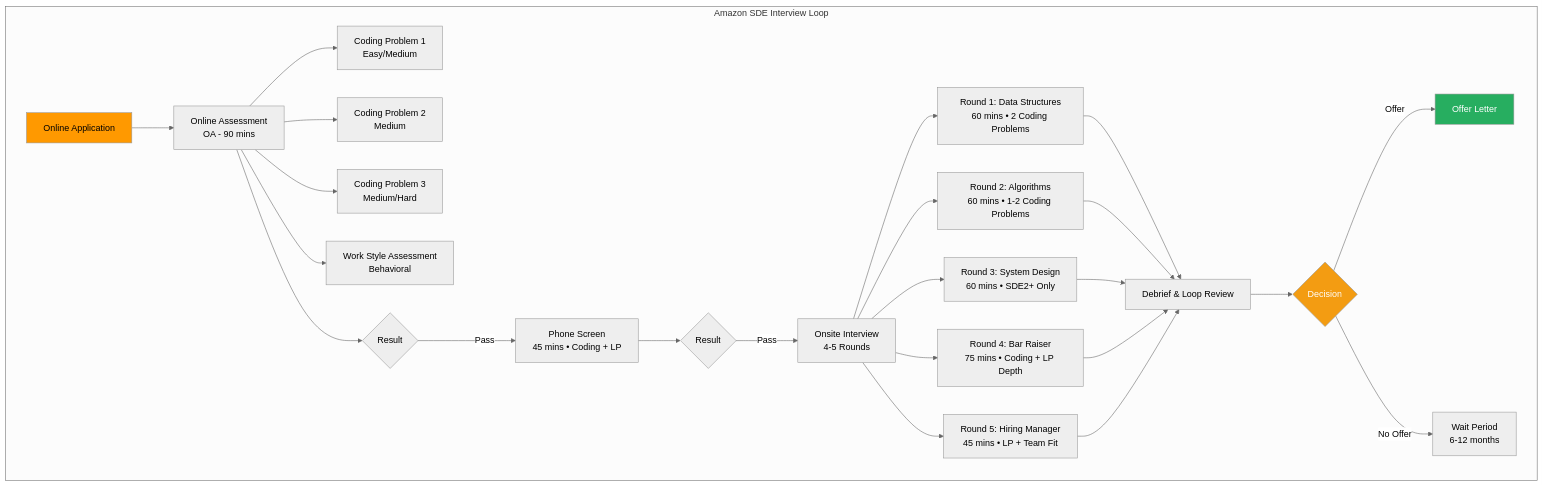
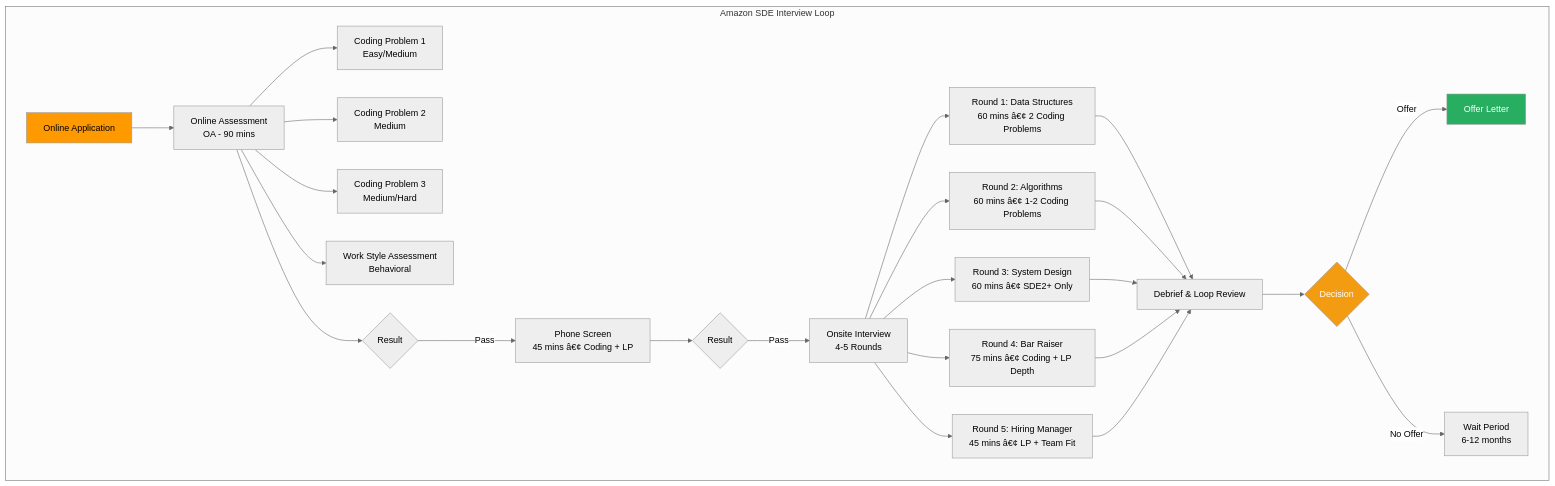
Before and after one commit to Raushan666java/ai-engineering-journey: the first of 4 diagrams in docs/courses/interview-preparation/13-company-amazon-sde.md, drawn with Mermaid (neutral theme). The commit also changed other lines of this file and 735 other files, not shown here.

````diff
--- a/docs/courses/interview-preparation/13-company-amazon-sde.md
+++ b/docs/courses/interview-preparation/13-company-amazon-sde.md
@@ -32,31 +32,31 @@
 ```mermaid
 flowchart TB
     subgraph "Amazon SDE Interview Loop"
         A[Online Application] --> B[Online Assessment<br/>OA - 90 mins]
         B --> B1[Coding Problem 1<br/>Easy/Medium]
         B --> B2[Coding Problem 2<br/>Medium]
         B --> B3[Coding Problem 3<br/>Medium/Hard]
         B --> B4[Work Style Assessment<br/>Behavioral]
         B --> C{Result}
-        C -->|Pass| D[Phone Screen<br/>45 mins • Coding + LP]
+        C -->|Pass| D[Phone Screen<br/>45 mins â€¢ Coding + LP]
         D --> E{Result}
         E -->|Pass| F[Onsite Interview<br/>4-5 Rounds]
-        F --> G[Round 1: Data Structures<br/>60 mins • 2 Coding Problems]
-        F --> H[Round 2: Algorithms<br/>60 mins • 1-2 Coding Problems]
-        F --> I[Round 3: System Design<br/>60 mins • SDE2+ Only]
-        F --> J[Round 4: Bar Raiser<br/>75 mins • Coding + LP Depth]
-        F --> K[Round 5: Hiring Manager<br/>45 mins • LP + Team Fit]
+        F --> G[Round 1: Data Structures<br/>60 mins â€¢ 2 Coding Problems]
+        F --> H[Round 2: Algorithms<br/>60 mins â€¢ 1-2 Coding Problems]
+        F --> I[Round 3: System Design<br/>60 mins â€¢ SDE2+ Only]
+        F --> J[Round 4: Bar Raiser<br/>75 mins â€¢ Coding + LP Depth]
+        F --> K[Round 5: Hiring Manager<br/>45 mins â€¢ LP + Team Fit]
         G --> L[Debrief & Loop Review]
         H --> L
         I --> L
         J --> L
         K --> L
         L --> M{Decision}
         M -->|Offer| N[Offer Letter]
         M -->|No Offer| O[Wait Period<br/>6-12 months]
     end
 
     style A fill:#ff9900,color:#000
     style N fill:#27ae60,color:#fff
     style M fill:#f39c12,color:#fff
 ```
````
